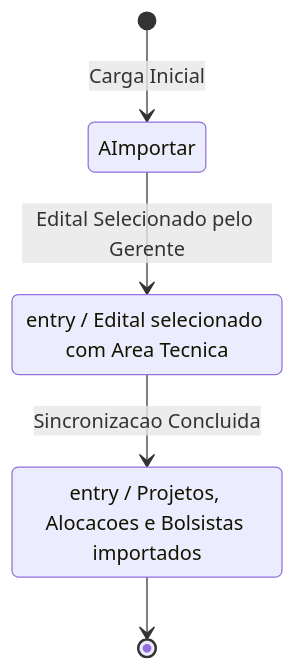
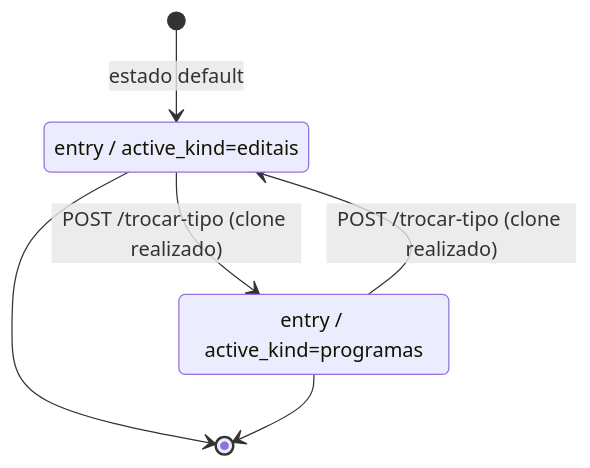
The third of 11 diagrams in docs/implementation/modules/M002-importacao-editais/modelo-comportamental.md (Czzped/conecta-fapes-teste), drawn with Mermaid before and after one commit. The commit also changed other lines of this file and 17 other files, not shown here.

````diff
--- a/docs/implementation/modules/M002-importacao-editais/modelo-comportamental.md
+++ b/docs/implementation/modules/M002-importacao-editais/modelo-comportamental.md
@@ -7,12 +49,13 @@
 ```mermaid
 stateDiagram-v2
-    [*] --> AImportar : Carga Inicial
+    [*] --> Editais : estado default
 
-    AImportar --> NaoImportado : Edital Selecionado pelo Gerente
-    NaoImportado --> Importado : Sincronizacao Concluida
+    Editais --> Programas : POST /trocar-tipo (clone realizado)
+    Programas --> Editais : POST /trocar-tipo (clone realizado)
 
-    NaoImportado : entry / Edital selecionado com Area Tecnica
-    Importado : entry / Projetos, Alocacoes e Bolsistas importados
+    Editais : entry / active_kind=editais
+    Programas : entry / active_kind=programas
 
-    Importado --> [*]
+    Editais --> [*]
+    Programas --> [*]
 ```
````
